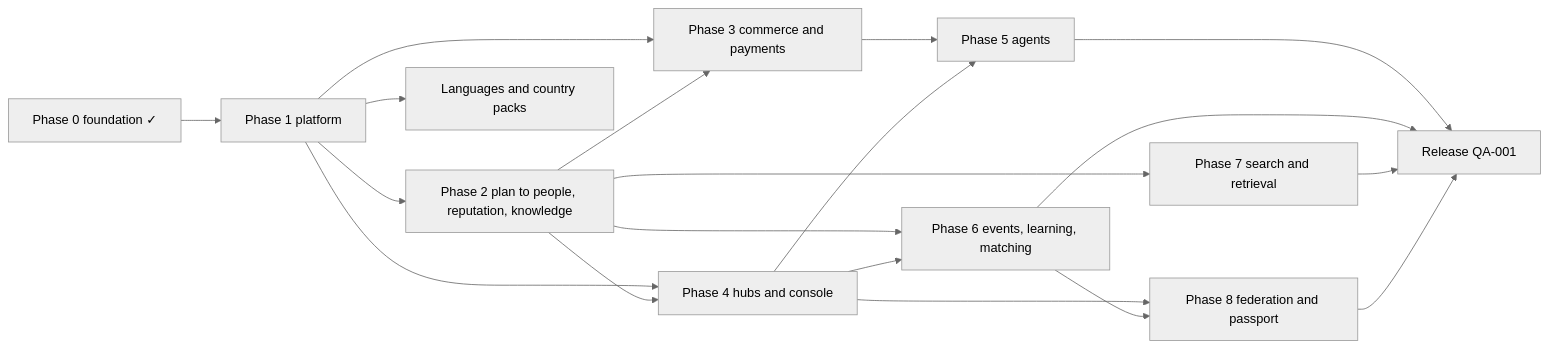
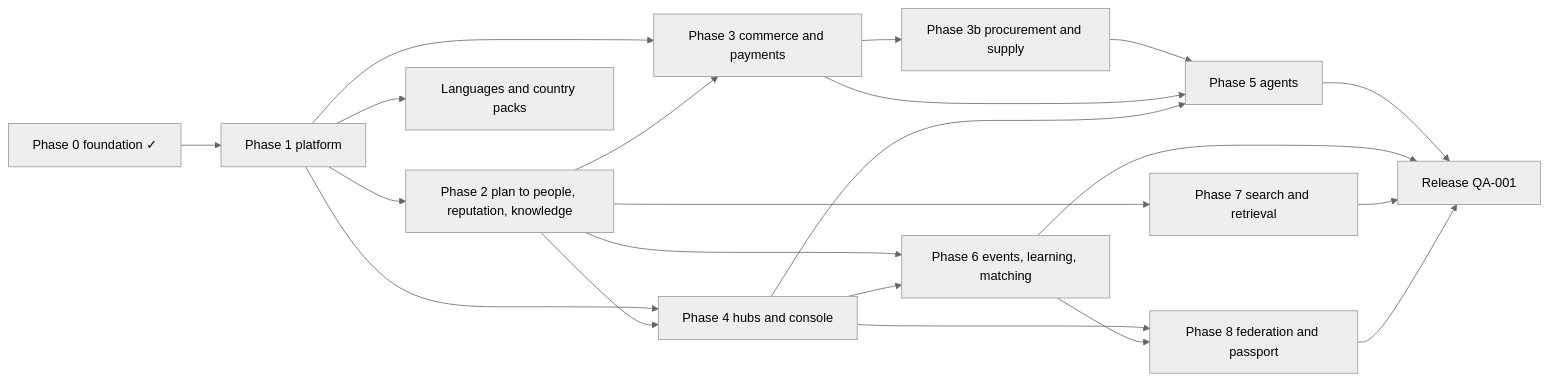
The diagram in docs/engine/roadmap.md (Contribuda/trustwork), drawn with Mermaid (neutral theme) before and after one commit. The commit also changed other lines of this file and 19 other files, not shown here.

````diff
--- a/docs/engine/roadmap.md
+++ b/docs/engine/roadmap.md
@@ -298,21 +334,23 @@
 ```mermaid
 flowchart LR
   F0[Phase 0 foundation ✓] --> P1[Phase 1 platform]
   P1 --> P2[Phase 2 plan to people, reputation, knowledge]
   P1 --> P3[Phase 3 commerce and payments]
   P2 --> P3
+  P3 --> P3B[Phase 3b procurement and supply]
+  P3B --> P5
   P1 --> P4[Phase 4 hubs and console]
   P2 --> P4
   P3 --> P5[Phase 5 agents]
   P4 --> P5
   P2 --> P6[Phase 6 events, learning, matching]
   P4 --> P6
   P2 --> P7[Phase 7 search and retrieval]
   P4 --> P8[Phase 8 federation and passport]
   P6 --> P8
   P5 --> R[Release QA-001]
   P6 --> R
   P7 --> R
   P8 --> R
   P1 --> INT[Languages and country packs]
 ```
````
